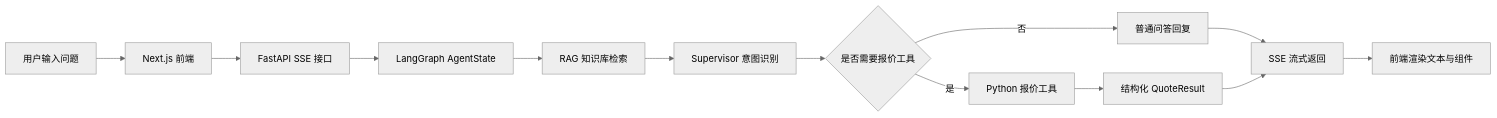
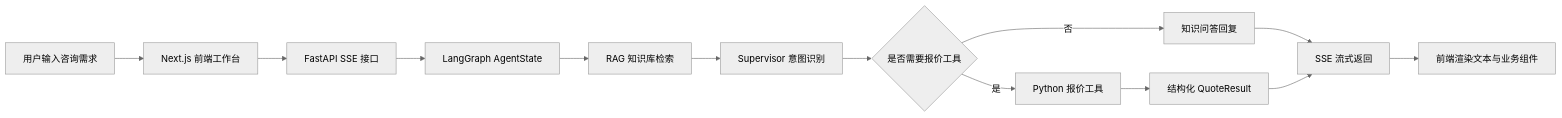
One commit to zwm520996-dev/b2b-industrial-sales-agent changed the diagram in README.md. Above: the diagram before and after it, drawn with Mermaid (neutral theme). The commit also changed other lines of this file, not shown here.

````diff
--- a/README.md
+++ b/README.md
@@ -31,15 +52,15 @@
 ```mermaid
 flowchart LR
-  A[用户输入问题] --> B[Next.js 前端]
+  A[用户输入咨询需求] --> B[Next.js 前端工作台]
   B --> C[FastAPI SSE 接口]
   C --> D[LangGraph AgentState]
   D --> E[RAG 知识库检索]
   E --> F[Supervisor 意图识别]
   F --> G{是否需要报价工具}
   G -->|是| H[Python 报价工具]
-  G -->|否| I[普通问答回复]
+  G -->|否| I[知识问答回复]
   H --> J[结构化 QuoteResult]
   I --> K[SSE 流式返回]
   J --> K
-  K --> L[前端渲染文本与组件]
+  K --> L[前端渲染文本与业务组件]
 ```
````
